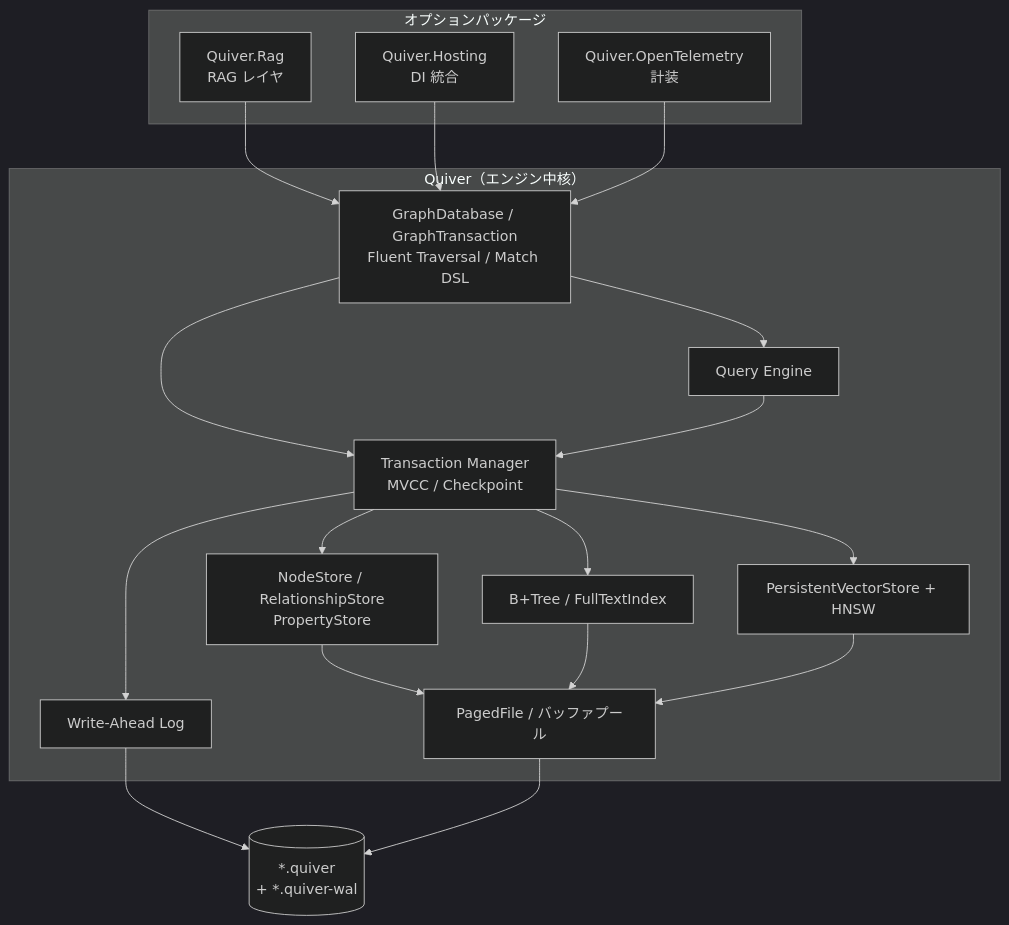
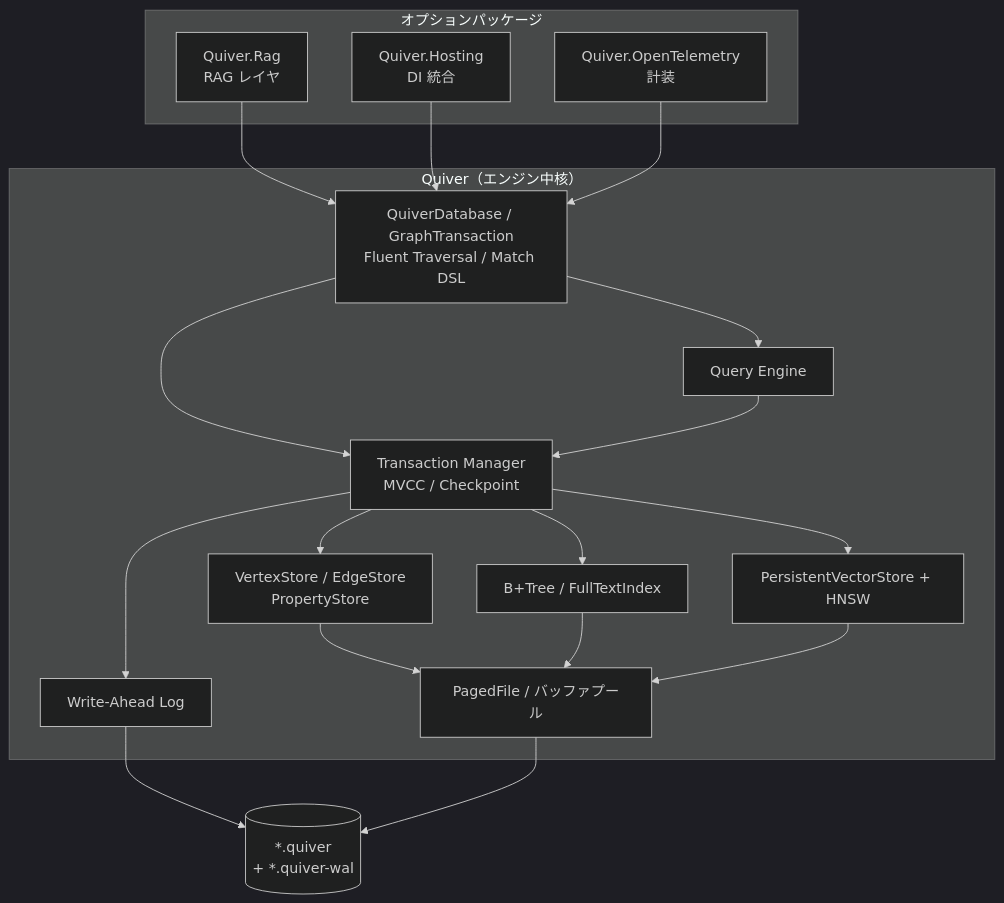
The first of 5 diagrams in docs/architecture-diagrams.md (delicioustuna/Quiver), drawn with Mermaid (dark theme) before and after one commit. The commit also changed other lines of this file and 749 other files, not shown here.

````diff
--- a/docs/architecture-diagrams.md
+++ b/docs/architecture-diagrams.md
@@ -12,38 +12,38 @@
 ```mermaid
 flowchart TB
     subgraph optional["オプションパッケージ"]
         Rag["Quiver.Rag<br/>RAG レイヤ"]
         Hosting["Quiver.Hosting<br/>DI 統合"]
         OTel["Quiver.OpenTelemetry<br/>計装"]
     end
 
     subgraph core["Quiver（エンジン中核）"]
-        API["GraphDatabase / GraphTransaction<br/>Fluent Traversal / Match DSL"]
+        API["QuiverDatabase / GraphTransaction<br/>Fluent Traversal / Match DSL"]
         Query["Query Engine"]
         TxMgr["Transaction Manager<br/>MVCC / Checkpoint"]
         Index["B+Tree / FullTextIndex"]
-        Records["NodeStore / RelationshipStore<br/>PropertyStore"]
+        Records["VertexStore / EdgeStore<br/>PropertyStore"]
         Vector["PersistentVectorStore + HNSW"]
         WAL["Write-Ahead Log"]
         Storage["PagedFile / バッファプール"]
     end
 
     File[("*.quiver<br/>+ *.quiver-wal")]
 
     Rag --> API
     Hosting --> API
     OTel --> API
 
     API --> Query
     API --> TxMgr
     Query --> TxMgr
     TxMgr --> WAL
     TxMgr --> Records
     TxMgr --> Index
     TxMgr --> Vector
     Records --> Storage
     Index --> Storage
     Vector --> Storage
     WAL --> File
     Storage --> File
 ```
````
